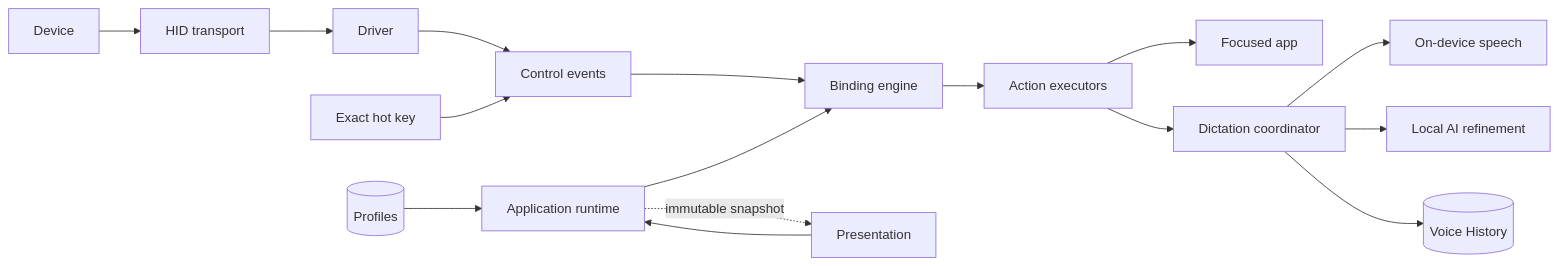
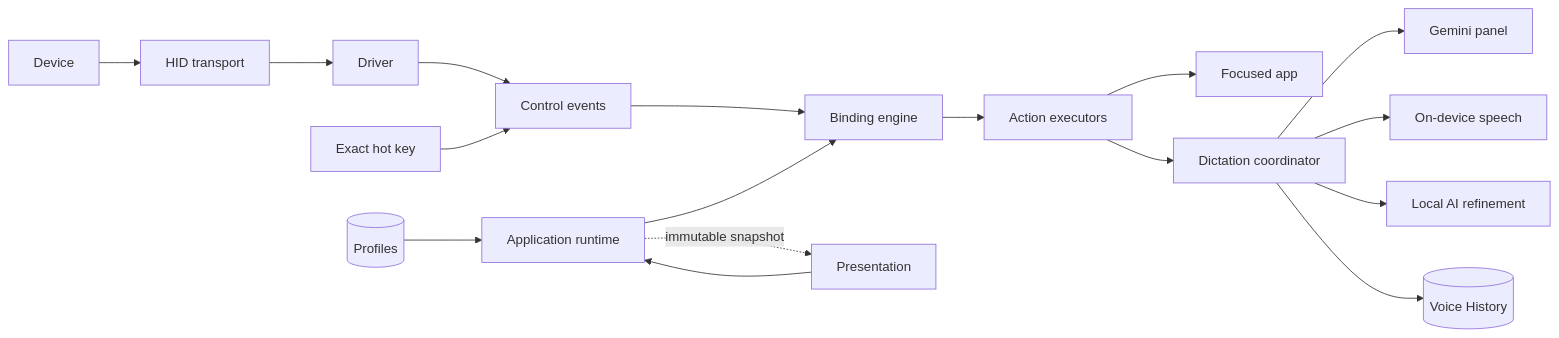
The diagram in docs/architecture.md (MarcusJRLee/hardware_controller), drawn with Mermaid before and after one commit. The commit also changed other lines of this file and 39 other files, not shown here.

First line of the commit message:
Add Ask Gemini: speak a question into a floating Gemini panel

````diff
--- a/docs/architecture.md
+++ b/docs/architecture.md
@@ -8,14 +8,15 @@
 ```mermaid
 flowchart LR
   DEVICE[Device] --> HID[HID transport] --> DRIVER[Driver] --> EVENTS[Control events]
   HOTKEY[Exact hot key] --> EVENTS
   EVENTS --> ENGINE[Binding engine] --> ACTIONS[Action executors]
   ACTIONS --> TARGET[Focused app]
   ACTIONS --> DICTATION[Dictation coordinator]
+  DICTATION --> GEMINI[Gemini panel]
   DICTATION --> SPEECH[On-device speech]
   DICTATION --> REFINE[Local AI refinement]
   DICTATION --> HISTORY[(Voice History)]
   PROFILE[(Profiles)] --> RUNTIME[Application runtime] --> ENGINE
   RUNTIME -. immutable snapshot .-> UI[Presentation]
   UI --> RUNTIME
 ```
````
